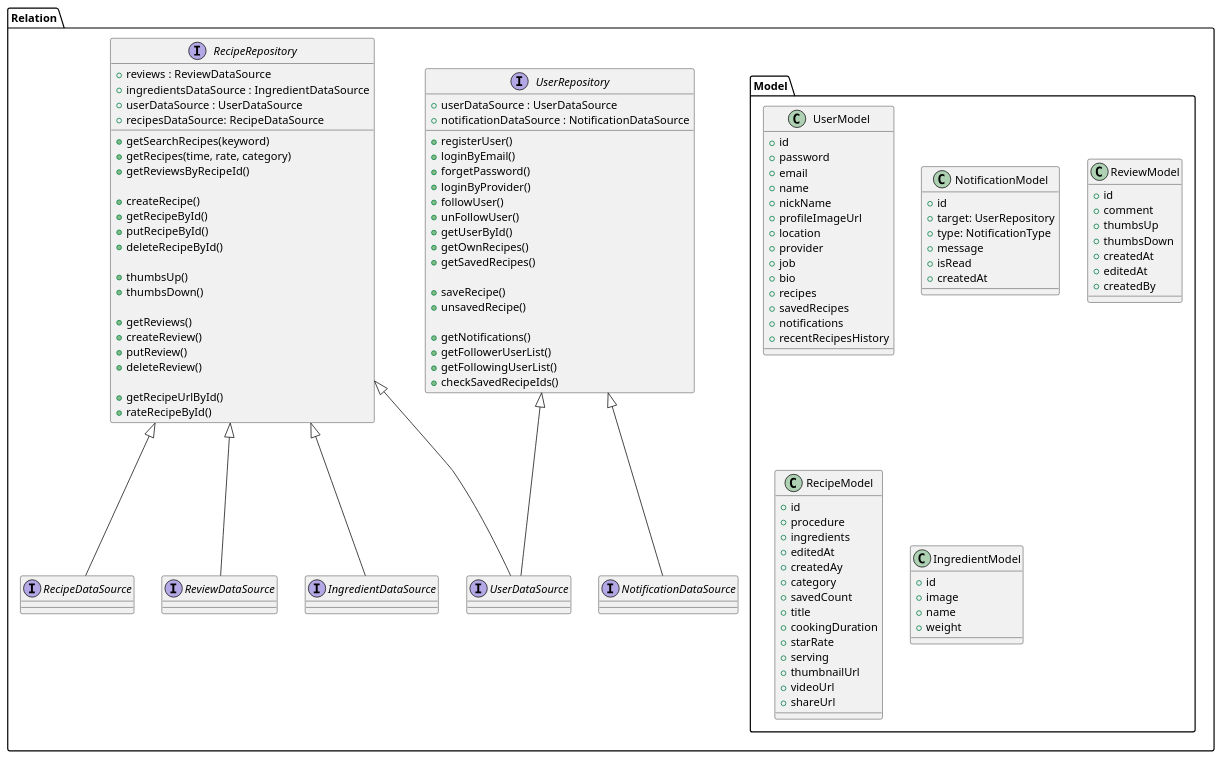
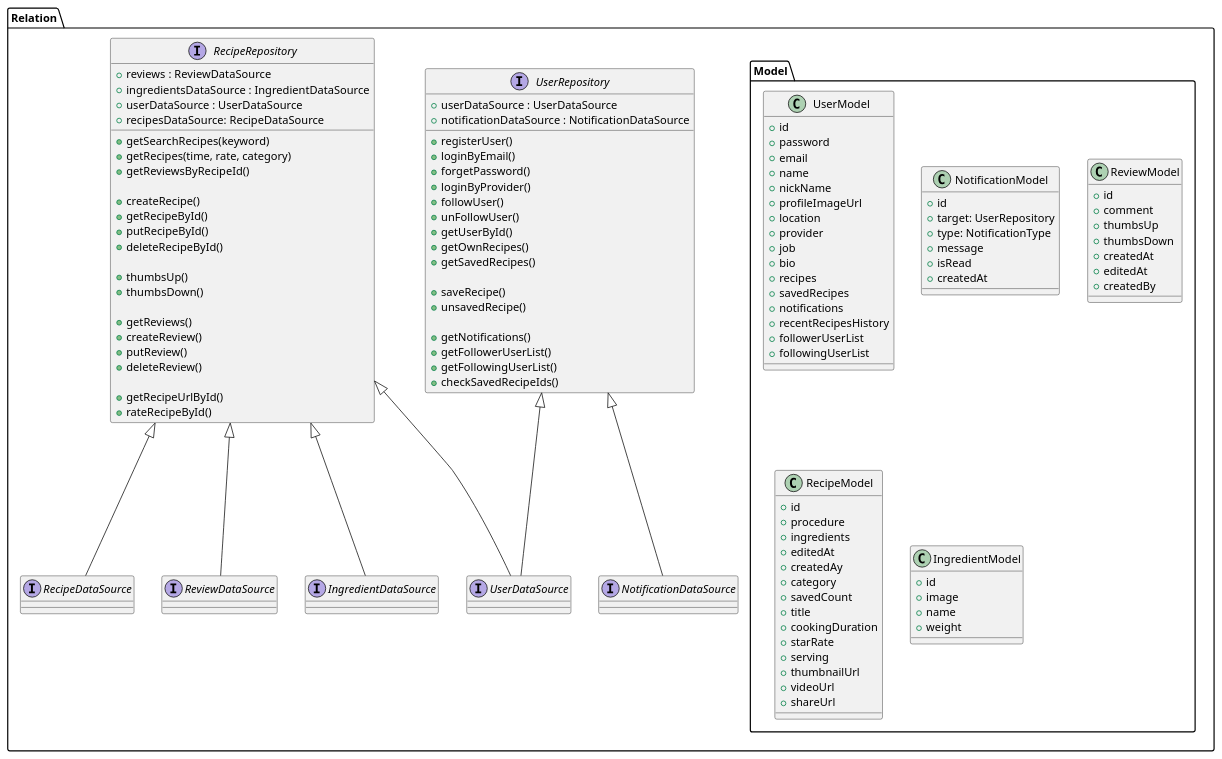
One commit to SurvivalCodingCampus/winter_kotlin_lecture changed the diagram in src/main/kotlin/day19/Food_Recipe.puml. Above: the diagram before and after it, drawn with PlantUML.

Commit message:
day19 : 디자인 패턴 과제(Food Recipe)

```diff
--- a/src/main/kotlin/day19/Food_Recipe.puml
+++ b/src/main/kotlin/day19/Food_Recipe.puml
@@ -1,146 +1,148 @@
 @startuml
 
 package "Relation"{
 top to bottom direction
     package "Model" {
         class UserModel {
             +id
             +password
             +email
             +name
             +nickName
             +profileImageUrl
             +location
             +provider
             +job
             +bio
             +recipes
             +savedRecipes
             +notifications
             +recentRecipesHistory
+            +followerUserList
+            +followingUserList
         }
 
         class NotificationModel {
             +id
             +target: UserRepository
             +type: NotificationType
             +message
             +isRead
             +createdAt
         }
         class ReviewModel {
             +id
             +comment
             +thumbsUp
             +thumbsDown
             +createdAt
             +editedAt
             +createdBy
         }
 
         class RecipeModel {
             +id
             +procedure
             +ingredients
             +editedAt
             +createdAy
             +category
             +savedCount
             +title
             +cookingDuration
             +starRate
             +serving
             +thumbnailUrl
             +videoUrl
             +shareUrl
         }
 
         class IngredientModel {
             +id
             +image
             +name
             +weight
         }
     }
 
 
     interface UserRepository {
         +userDataSource : UserDataSource
         +notificationDataSource : NotificationDataSource
         +registerUser()
         +loginByEmail()
         +forgetPassword()
         +loginByProvider()
         +followUser()
         +unFollowUser()
         +getUserById()
         +getOwnRecipes()
         +getSavedRecipes()
 
         +saveRecipe()
         +unsavedRecipe()
 
         +getNotifications()
         +getFollowerUserList()
         +getFollowingUserList()
         +checkSavedRecipeIds()
     }
 
 
 
 
 
 
 
 
 
     interface RecipeRepository {
         +reviews : ReviewDataSource
         +ingredientsDataSource : IngredientDataSource
         +userDataSource : UserDataSource
         +recipesDataSource: RecipeDataSource
 
         +getSearchRecipes(keyword)
         +getRecipes(time, rate, category)
         +getReviewsByRecipeId()
 
         +createRecipe()
         +getRecipeById()
         +putRecipeById()
         +deleteRecipeById()
 
         +thumbsUp()
         +thumbsDown()
 
         +getReviews()
         +createReview()
         +putReview()
         +deleteReview()
 
         +getRecipeUrlById()
         +rateRecipeById()
     }
 
     interface RecipeDataSource implements RecipeRepository {
     }
 
     interface ReviewDataSource implements RecipeRepository {
     }
 
     interface IngredientDataSource implements RecipeRepository {
     }
 
     interface NotificationDataSource implements UserRepository{
     }
 
     interface UserDataSource implements UserRepository {
     }
 
     interface UserDataSource implements RecipeRepository {
     }
 
 
 
 }
 
 @enduml
```
